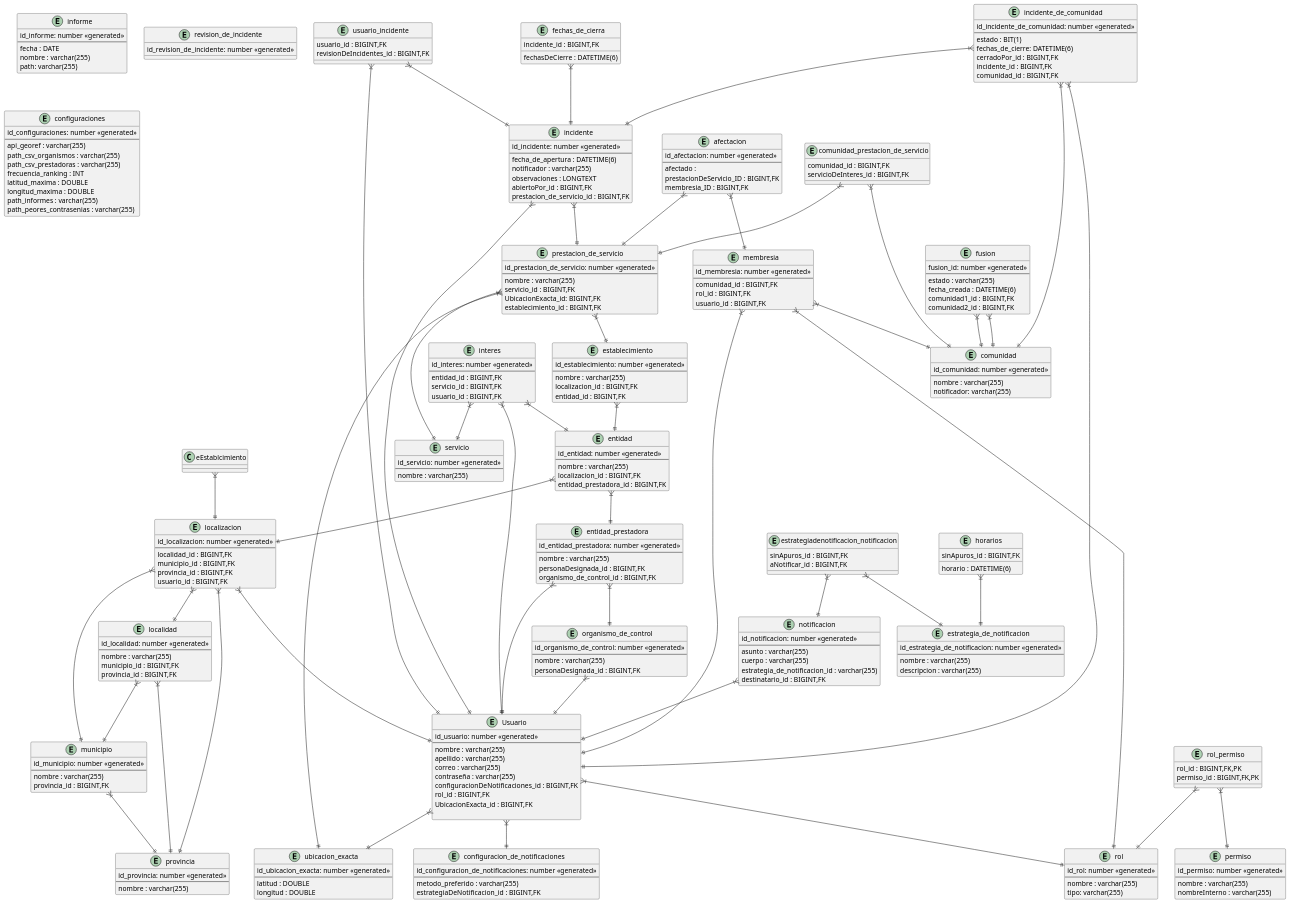
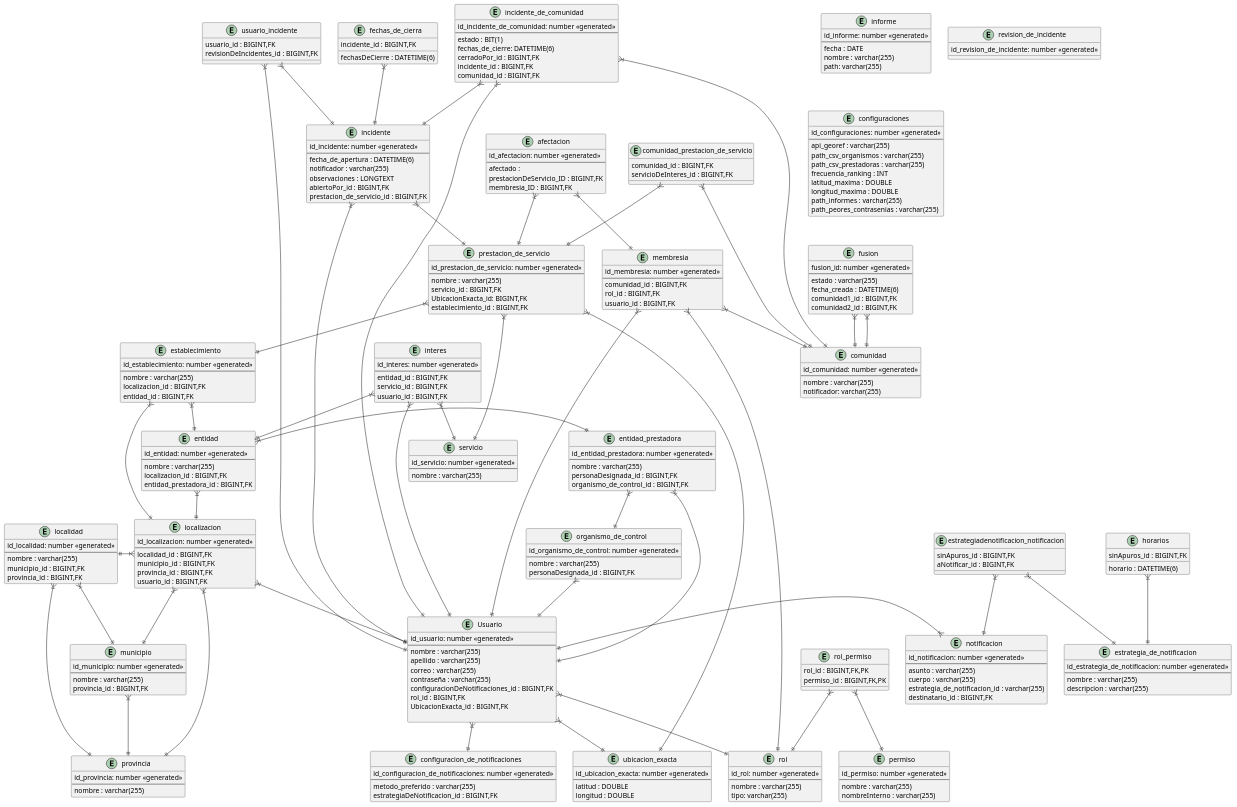
Before and after one commit to AndyTrias/comunidades-apoyo-movilidad-reducida-: the diagram in entregables/plantUML/der.wsd, drawn with PlantUML. The commit also changed 2 other files, not shown here.

Commit message:
correji por arriba der y diagramas de clases

```diff
--- a/entregables/plantUML/der.wsd
+++ b/entregables/plantUML/der.wsd
@@ -258,10 +258,11 @@
 eMembresia}|--||eUsuario
 eMembresia}|--||eComunidad
 
-eLocalizacion}|--||eLocalidad
 eLocalizacion}|--||eMunicipio
-eLocalizacion}|--||eProvincia
 eLocalizacion}|--||eUsuario
+eLocalidad||-|{eLocalizacion
+
+eProvincia||--|{eLocalizacion
 
 eLocalidad}|--||eMunicipio
 eLocalidad}|--||eProvincia
@@ -283,7 +284,7 @@
 ePrestacionDeServicio}|--||eEstablecimiento
 
 eEstablecimiento}|--||eEntidad
-eEstablcimiento}|--||eLocalizacion
+eEstablecimiento}|--||eLocalizacion
 
 eRolPermiso}|--||eRol
 eRolPermiso}|--||ePermiso
@@ -293,7 +294,8 @@
 eFusion}|--||eComunidad
 eFusion}|--||eComunidad
 
-eNotificacion}|--||eUsuario
+' eNotificacion}|--||eUsuario
+eUsuario||-|{eNotificacion
 
 eEstrategiadenotificacionNotificacion }|--|| eEstrategiaDeNotificacion
 eEstrategiadenotificacionNotificacion }|--|| eNotificacion
@@ -304,7 +306,7 @@
 eEntidadPrestadora}|--||eUsuario
 
 eEntidad}|--||eLocalizacion
-eEntidad}|--||eEntidadPrestadora
+eEntidad}|-||eEntidadPrestadora
 
 eIncidenteDeComunidad }|--|| eIncidente
 eIncidenteDeComunidad }|--|| eComunidad
```
